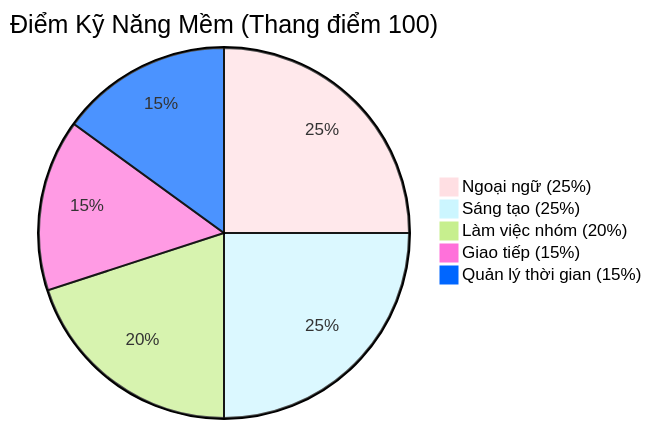
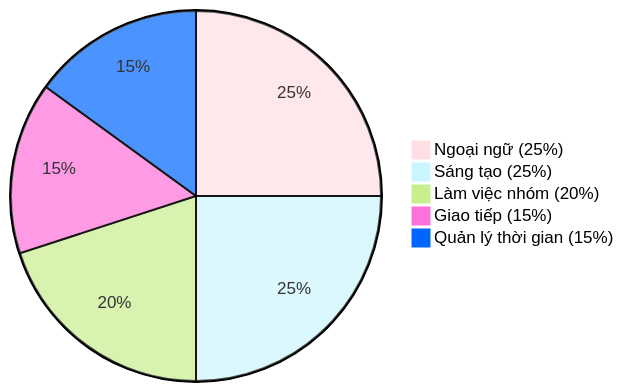
One commit to baochau-cmyk/baochau-cmyk changed the diagram in README.md. Above: the diagram before and after it, drawn with Mermaid.

````diff
--- a/README.md
+++ b/README.md
@@ -51,18 +51,17 @@
 ```mermaid
 ---
 config: 
     themeVariables:
         pie1: "#FFDFE3" 
         pie2: "#CCF6FF" 
         pie3: "#C7EF8E" 
         pie4: "#FF71DA" 
         pie5: "#0066FF"
 ---
 pie
-    title Điểm Kỹ Năng Mềm (Thang điểm 100)
     "Ngoại ngữ (25%)" : 25
     "Sáng tạo (25%)" : 25
     "Làm việc nhóm (20%)" : 20
     "Giao tiếp (15%)" : 15
     "Quản lý thời gian (15%)" : 15
 ```
````
